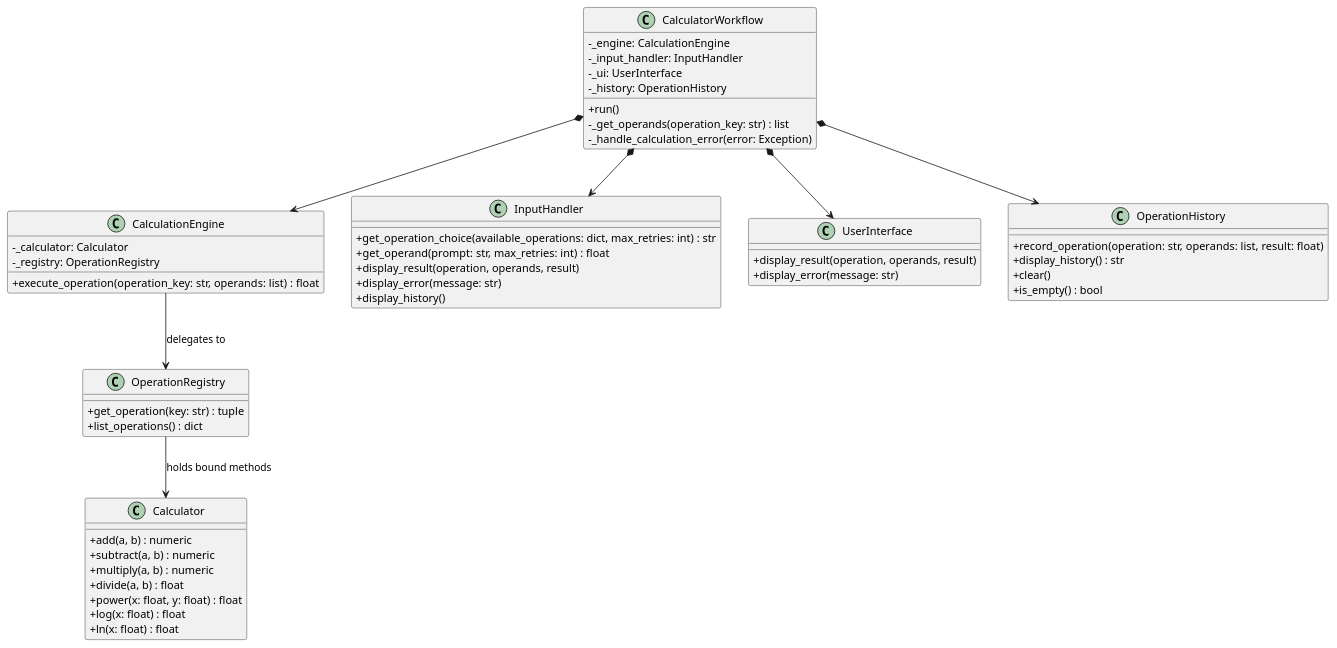
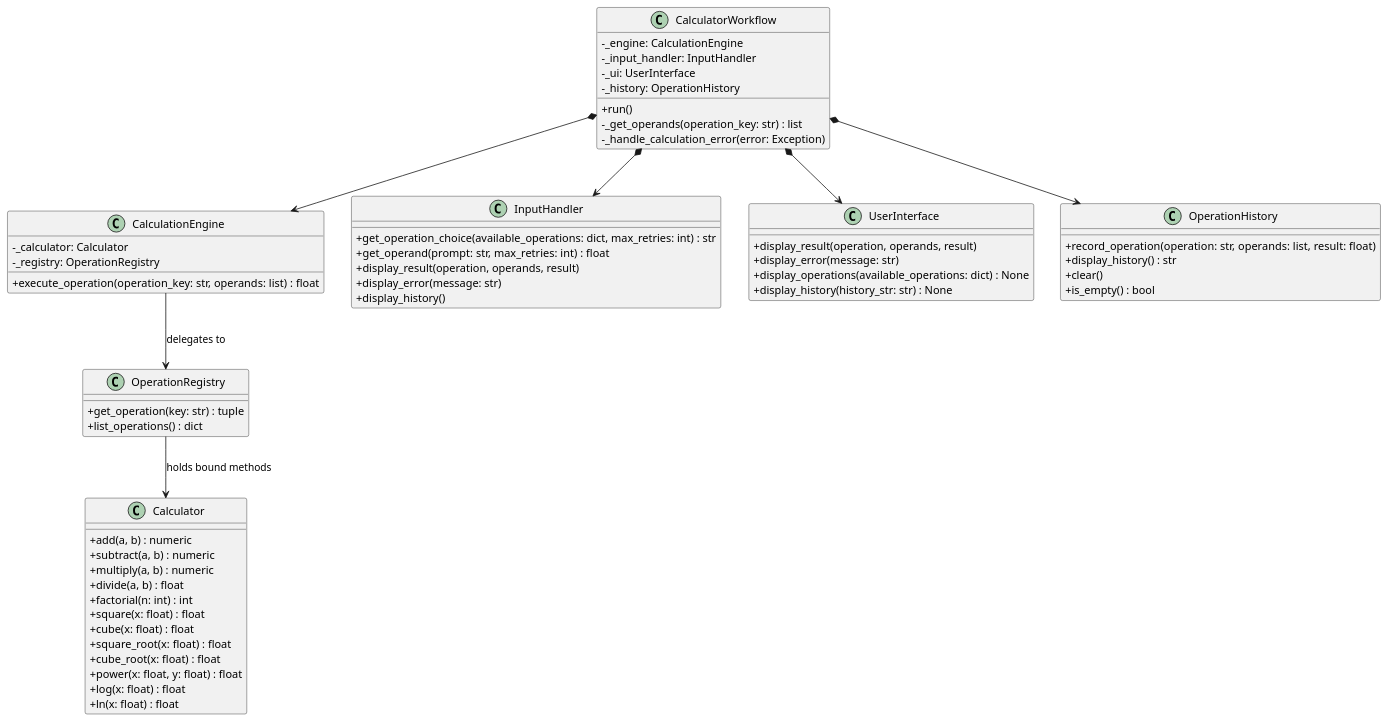
Before and after one commit to DanielRiha8906/Calculator_bachelor_autoevolution_team: the diagram in artifacts/class_diagram_workflow.puml, drawn with PlantUML. The commit also changed 3 other files, not shown here.

Commit message:
docs: sync PlantUML diagrams with modular refactor (issue #267)

```diff
--- a/artifacts/class_diagram_workflow.puml
+++ b/artifacts/class_diagram_workflow.puml
@@ -1,65 +1,72 @@
 @startuml class_diagram_workflow
 
 skinparam classAttributeIconSize 0
 skinparam packageStyle rectangle
 
 class CalculatorWorkflow {
     -_engine: CalculationEngine
     -_input_handler: InputHandler
     -_ui: UserInterface
     -_history: OperationHistory
     +run()
     -_get_operands(operation_key: str) : list
     -_handle_calculation_error(error: Exception)
 }
 
 class CalculationEngine {
     -_calculator: Calculator
     -_registry: OperationRegistry
     +execute_operation(operation_key: str, operands: list) : float
 }
 
 class InputHandler {
     +get_operation_choice(available_operations: dict, max_retries: int) : str
     +get_operand(prompt: str, max_retries: int) : float
     +display_result(operation, operands, result)
     +display_error(message: str)
     +display_history()
 }
 
 class UserInterface {
     +display_result(operation, operands, result)
     +display_error(message: str)
+    +display_operations(available_operations: dict) : None
+    +display_history(history_str: str) : None
 }
 
 class OperationHistory {
     +record_operation(operation: str, operands: list, result: float)
     +display_history() : str
     +clear()
     +is_empty() : bool
 }
 
 class OperationRegistry {
     +get_operation(key: str) : tuple
     +list_operations() : dict
 }
 
 class Calculator {
     +add(a, b) : numeric
     +subtract(a, b) : numeric
     +multiply(a, b) : numeric
     +divide(a, b) : float
+    +factorial(n: int) : int
+    +square(x: float) : float
+    +cube(x: float) : float
+    +square_root(x: float) : float
+    +cube_root(x: float) : float
     +power(x: float, y: float) : float
     +log(x: float) : float
     +ln(x: float) : float
 }
 
 CalculatorWorkflow *--> CalculationEngine
 CalculatorWorkflow *--> InputHandler
 CalculatorWorkflow *--> UserInterface
 CalculatorWorkflow *--> OperationHistory
 
 CalculationEngine --> OperationRegistry : delegates to
 OperationRegistry --> Calculator : holds bound methods
 
 @enduml
```
